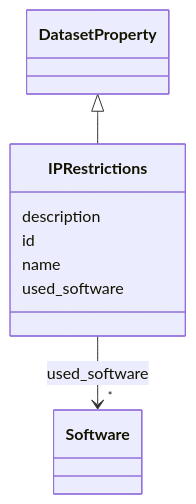
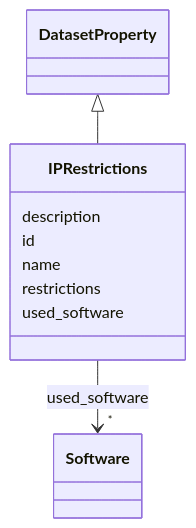
The diagram in docs/IPRestrictions.md (bridge2ai/data-sheets-schema), drawn with Mermaid before and after one commit. The commit also changed other lines of this file and 682 other files, not shown here.

````diff
--- a/docs/IPRestrictions.md
+++ b/docs/IPRestrictions.md
@@ -20,26 +20,28 @@
 ```mermaid
  classDiagram
     class IPRestrictions
     click IPRestrictions href "../IPRestrictions/"
       DatasetProperty <|-- IPRestrictions
         click DatasetProperty href "../DatasetProperty/"
       
       IPRestrictions : description
         
       IPRestrictions : id
         
       IPRestrictions : name
+        
+      IPRestrictions : restrictions
         
       IPRestrictions : used_software
         
           
     
         
         
         IPRestrictions --> "*" Software : used_software
         click Software href "../Software/"
     
 
         
       
 ```
````
